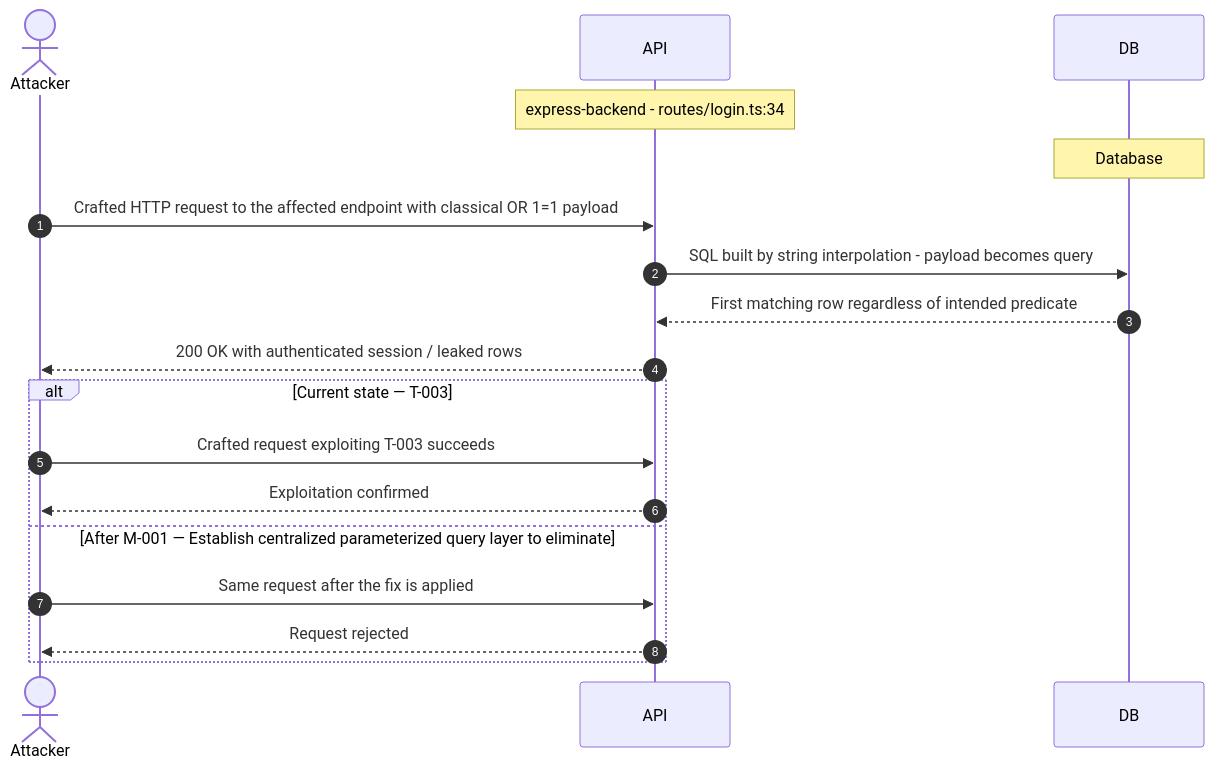
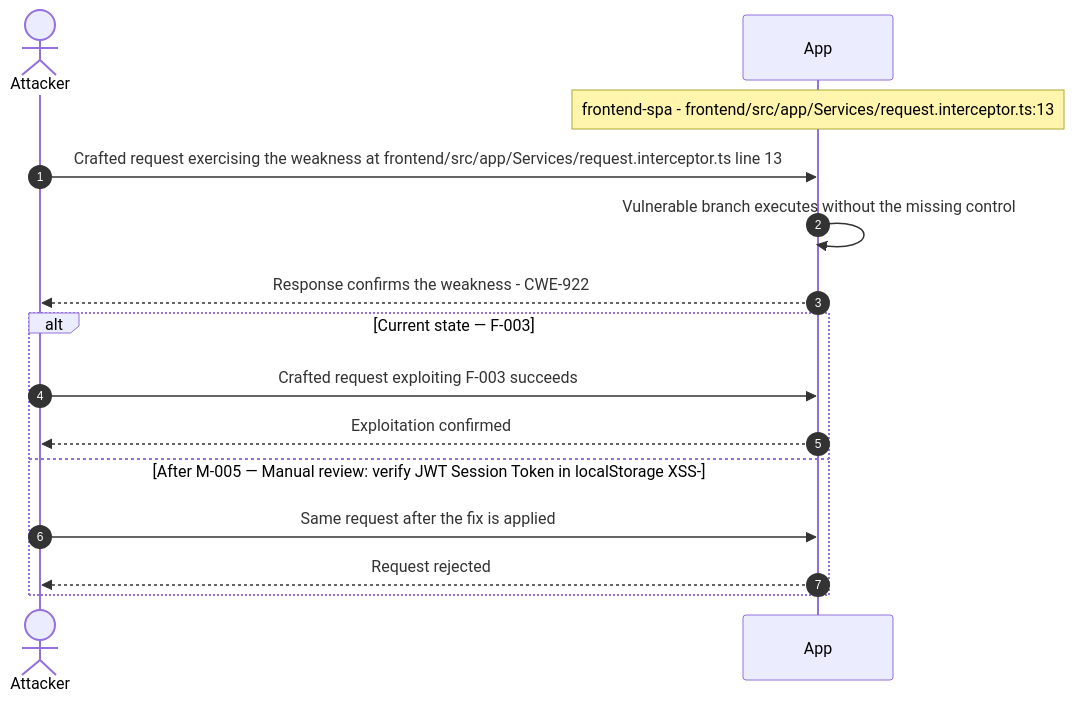
Before and after one commit to appsec-foundry/appsec-advisor: the tenth of 27 diagrams in examples/threat-modeler/threat-model-juice-shop-standard.md, drawn with Mermaid. The commit also changed other lines of this file and 3 other files, not shown here.

````diff
--- a/examples/threat-modeler/threat-model-juice-shop-standard.md
+++ b/examples/threat-modeler/threat-model-juice-shop-standard.md
@@ -580,20 +663,17 @@
 ```mermaid
 sequenceDiagram
     autonumber
     actor Attacker
-    participant API
-    participant DB
-    Note over API: express-backend - routes/login.ts:34
-    Note over DB: Database
-    Attacker->>API: Crafted HTTP request to the affected endpoint with classical OR 1=1 payload
-    API->>DB: SQL built by string interpolation - payload becomes query
-    DB-->>API: First matching row regardless of intended predicate
-    API-->>Attacker: 200 OK with authenticated session / leaked rows
-    alt Current state — T-003
-        Attacker->>API: Crafted request exploiting T-003 succeeds
-        API-->>Attacker: Exploitation confirmed
-    else After M-001 — Establish centralized parameterized query layer to eliminate
-        Attacker->>API: Same request after the fix is applied
-        API-->>Attacker: Request rejected
+    participant App
+    Note over App: frontend-spa - frontend/src/app/Services/request.interceptor.ts:13
+    Attacker->>App: Crafted request exercising the weakness at frontend/src/app/Services/request.interceptor.ts line 13
+    App->>App: Vulnerable branch executes without the missing control
+    App-->>Attacker: Response confirms the weakness - CWE-922
+    alt Current state — F-003
+        Attacker->>App: Crafted request exploiting F-003 succeeds
+        App-->>Attacker: Exploitation confirmed
+    else After M-005 — Manual review: verify JWT Session Token in localStorage XSS-
+        Attacker->>App: Same request after the fix is applied
+        App-->>Attacker: Request rejected
     end
 ```
````
